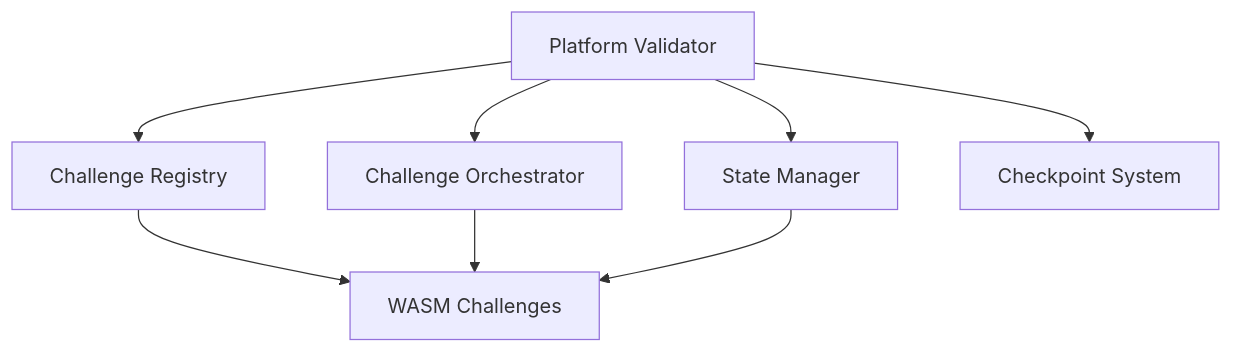
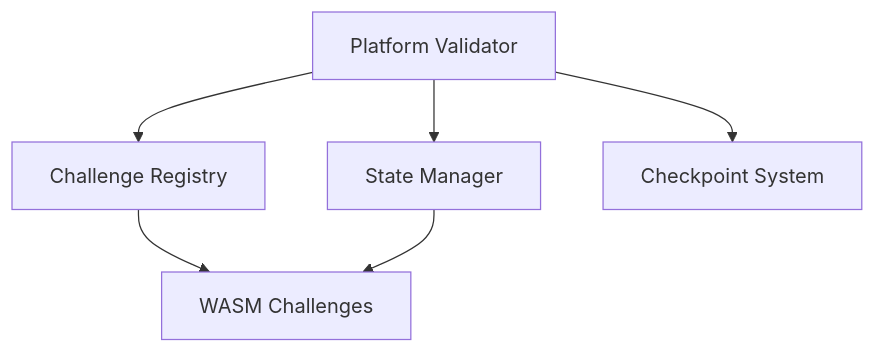
Before and after one commit to PlatformNetwork/platform: the first of 2 diagrams in docs/challenge-integration.md, drawn with Mermaid. The commit also changed other lines of this file and 42 other files, not shown here.

````diff
--- a/docs/challenge-integration.md
+++ b/docs/challenge-integration.md
@@ -18,10 +18,8 @@
 ```mermaid
 flowchart TB
     Validator[Platform Validator] --> Registry[Challenge Registry]
-    Validator --> Orchestrator[Challenge Orchestrator]
     Validator --> StateMgr[State Manager]
     Validator --> Checkpoints[Checkpoint System]
     Registry --> Challenges[WASM Challenges]
-    Orchestrator --> Challenges
     StateMgr --> Challenges
 ```
````
